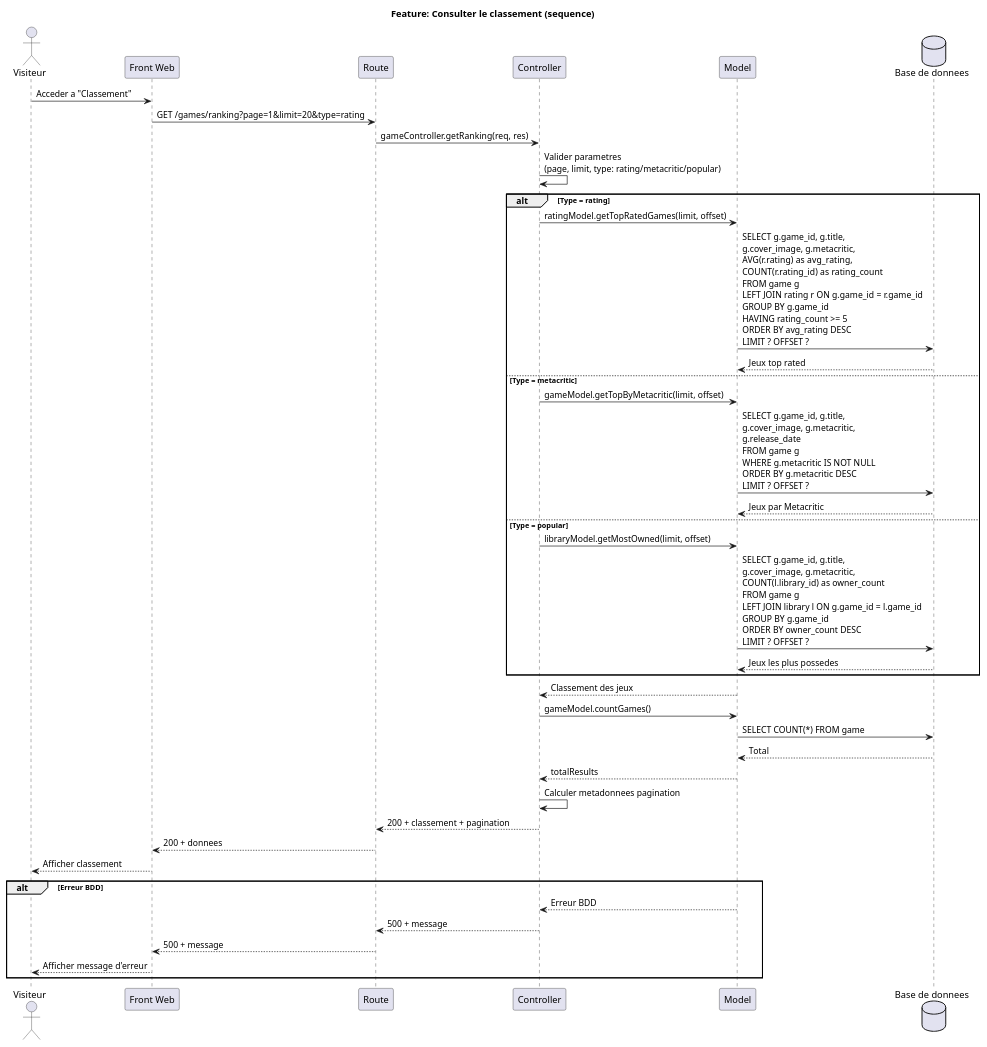
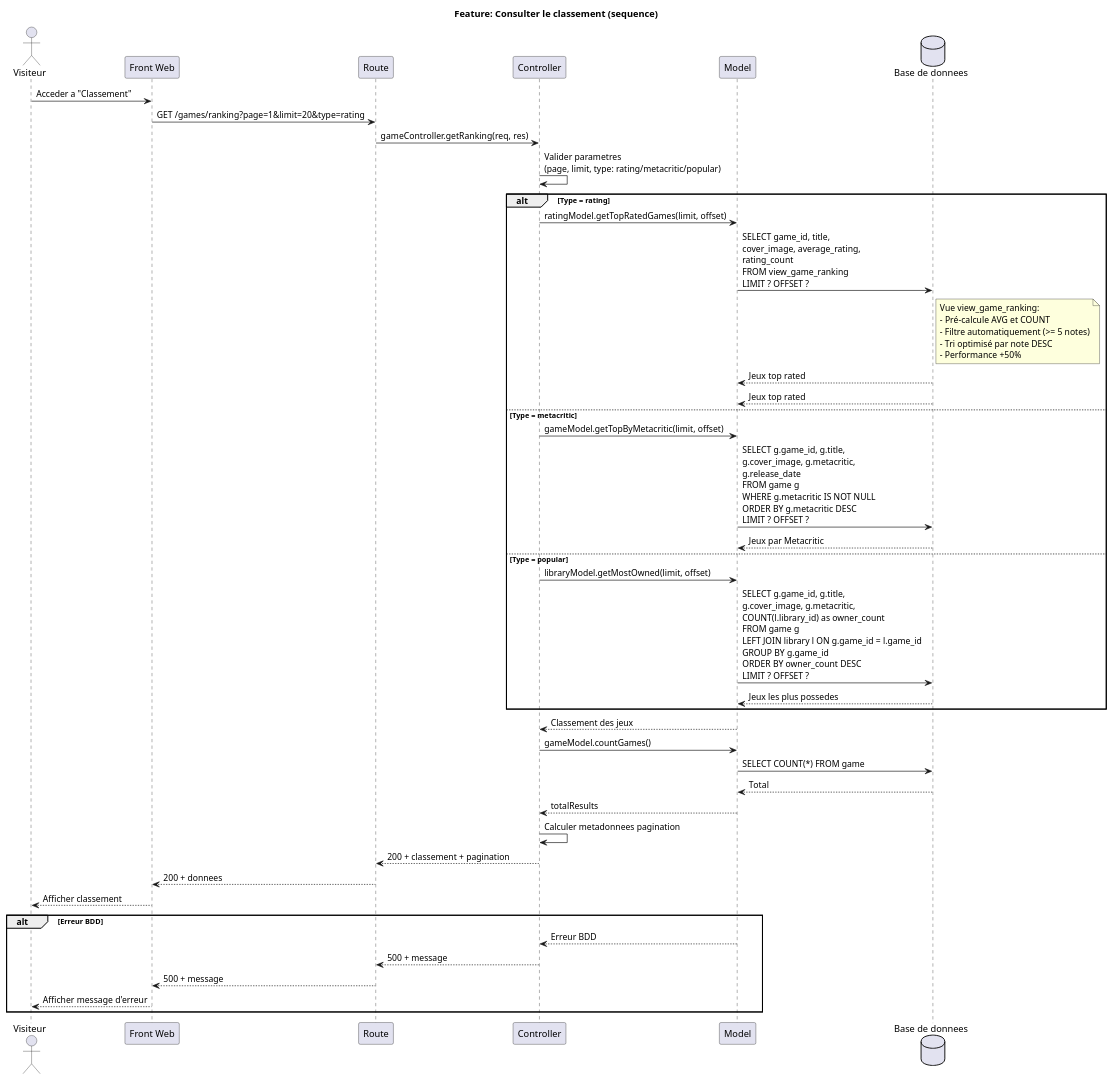
One commit to Zodiarche/MyGameList changed the diagram in uml/sequence/view-ranking.puml. Above: the diagram before and after it, drawn with PlantUML. The commit also changed 52 other files, not shown here.

Commit message:
Ajout de tests BDD + ajustements des diagrammes selon le MPD

```diff
--- a/uml/sequence/view-ranking.puml
+++ b/uml/sequence/view-ranking.puml
@@ -1,48 +1,56 @@
 @startuml Feature_ConsulterClassement_Sequence
 title Feature: Consulter le classement (sequence)
 actor Visiteur
 participant "Front Web" as Front
 participant "Route" as Route
 participant "Controller" as Controller
 participant "Model" as Model
 database "Base de donnees" as BDD
 
 Visiteur -> Front: Acceder a "Classement"
 Front -> Route: GET /games/ranking?page=1&limit=20&type=rating
 Route -> Controller: gameController.getRanking(req, res)
 Controller -> Controller: Valider parametres\n(page, limit, type: rating/metacritic/popular)
 
 alt Type = rating
 Controller -> Model: ratingModel.getTopRatedGames(limit, offset)
-Model -> BDD: SELECT g.game_id, g.title,\ng.cover_image, g.metacritic,\nAVG(r.rating) as avg_rating,\nCOUNT(r.rating_id) as rating_count\nFROM game g\nLEFT JOIN rating r ON g.game_id = r.game_id\nGROUP BY g.game_id\nHAVING rating_count >= 5\nORDER BY avg_rating DESC\nLIMIT ? OFFSET ?
+Model -> BDD: SELECT game_id, title,\ncover_image, average_rating,\nrating_count\nFROM view_game_ranking\nLIMIT ? OFFSET ?
+note right of BDD
+  Vue view_game_ranking:
+  - Pré-calcule AVG et COUNT
+  - Filtre automatiquement (>= 5 notes)
+  - Tri optimisé par note DESC
+  - Performance +50%
+end note
+BDD --> Model: Jeux top rated
 BDD --> Model: Jeux top rated
 else Type = metacritic
 Controller -> Model: gameModel.getTopByMetacritic(limit, offset)
 Model -> BDD: SELECT g.game_id, g.title,\ng.cover_image, g.metacritic,\ng.release_date\nFROM game g\nWHERE g.metacritic IS NOT NULL\nORDER BY g.metacritic DESC\nLIMIT ? OFFSET ?
 BDD --> Model: Jeux par Metacritic
 else Type = popular
 Controller -> Model: libraryModel.getMostOwned(limit, offset)
 Model -> BDD: SELECT g.game_id, g.title,\ng.cover_image, g.metacritic,\nCOUNT(l.library_id) as owner_count\nFROM game g\nLEFT JOIN library l ON g.game_id = l.game_id\nGROUP BY g.game_id\nORDER BY owner_count DESC\nLIMIT ? OFFSET ?
 BDD --> Model: Jeux les plus possedes
 end
 
 Model --> Controller: Classement des jeux
 
 Controller -> Model: gameModel.countGames()
 Model -> BDD: SELECT COUNT(*) FROM game
 BDD --> Model: Total
 Model --> Controller: totalResults
 
 Controller -> Controller: Calculer metadonnees pagination
 
 Controller --> Route: 200 + classement + pagination
 Route --> Front: 200 + donnees
 Front --> Visiteur: Afficher classement
 
 alt Erreur BDD
 Model --> Controller: Erreur BDD
 Controller --> Route: 500 + message
 Route --> Front: 500 + message
 Front --> Visiteur: Afficher message d'erreur
 end
 @enduml
```
